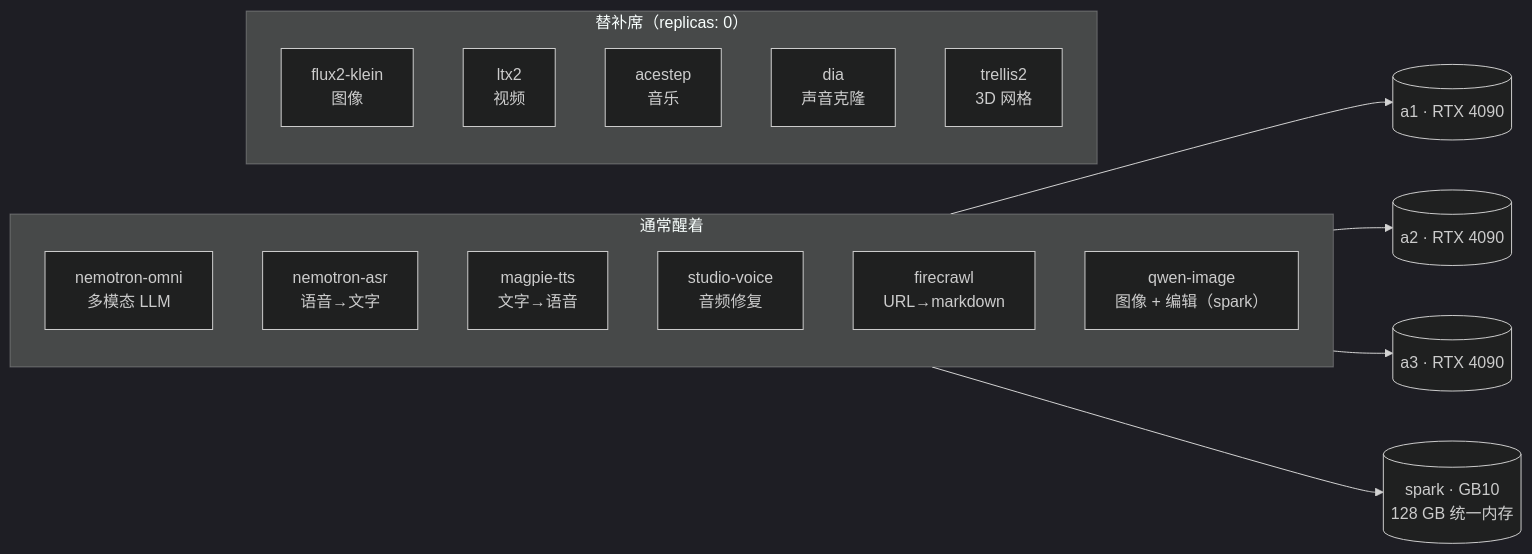
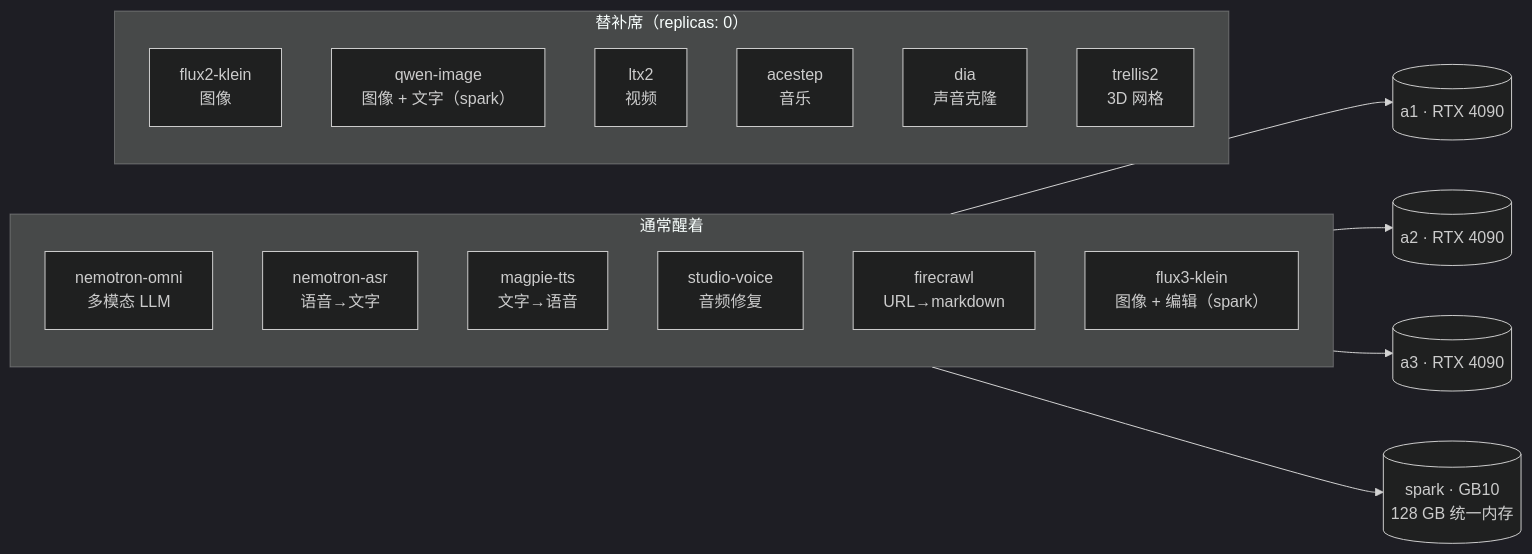
Before and after one commit to briancaffey/home-lab: the diagram in docs-site/i18n/zh-Hans/docusaurus-plugin-content-docs/current/ai/inference-fleet.md, drawn with Mermaid (dark theme). The commit also changed other lines of this file and 28 other files, not shown here.

First line of the commit message:
docs: RustFS migration, FLUX 3 Klein, node patch day, a2 deadlock

````diff
--- a/docs-site/i18n/zh-Hans/docusaurus-plugin-content-docs/current/ai/inference-fleet.md
+++ b/docs-site/i18n/zh-Hans/docusaurus-plugin-content-docs/current/ai/inference-fleet.md
@@ -18,23 +18,24 @@
 ```mermaid
 flowchart LR
     subgraph active["通常醒着"]
         omni["nemotron-omni<br/>多模态 LLM"]
         asr["nemotron-asr<br/>语音→文字"]
         magpie["magpie-tts<br/>文字→语音"]
         sv["studio-voice<br/>音频修复"]
         fc["firecrawl<br/>URL→markdown"]
-        qwen["qwen-image<br/>图像 + 编辑（spark）"]
+        klein["flux3-klein<br/>图像 + 编辑（spark）"]
     end
     subgraph parked["替补席（replicas: 0）"]
         flux["flux2-klein<br/>图像"]
+        qwen["qwen-image<br/>图像 + 文字（spark）"]
         ltx["ltx2<br/>视频"]
         ace["acestep<br/>音乐"]
         dia["dia<br/>声音克隆"]
         trellis["trellis2<br/>3D 网格"]
     end
     gpu1[("a1 · RTX 4090")]
     gpu2[("a2 · RTX 4090")]
     gpu3[("a3 · RTX 4090")]
     spark[("spark · GB10<br/>128 GB 统一内存")]
     active --> gpu1 & gpu2 & gpu3 & spark
 ```
````
